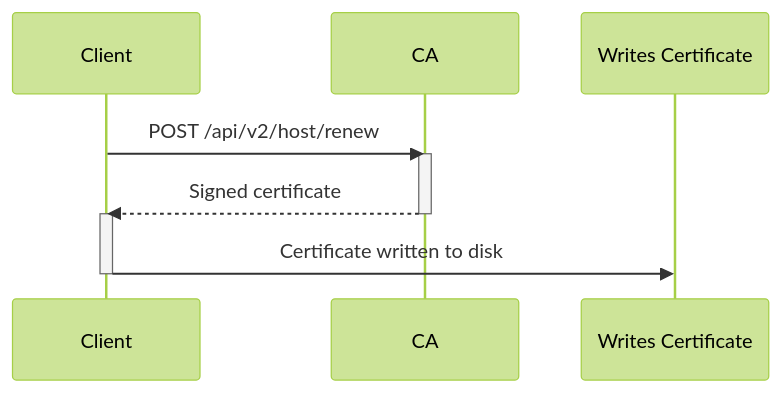
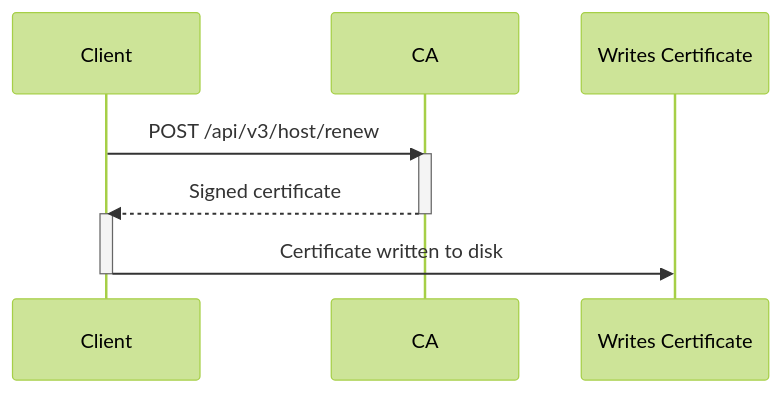
The fourth of 4 diagrams in README.md (andrewheberle/serverless-ssh-ca), drawn with Mermaid (forest theme) before and after one commit. The commit also changed other lines of this file and 14 other files, not shown here.

First line of the commit message:
Add seperate user and host KRLs and add v3 API (#266)

````diff
--- a/README.md
+++ b/README.md
@@ -142,10 +142,10 @@
 ```mermaid
 sequenceDiagram
-    Client->>CA: POST /api/v2/host/renew
+    Client->>CA: POST /api/v3/host/renew
     activate CA
     CA-->>Client: Signed certificate
     deactivate CA
     activate Client
     Client->>Writes Certificate: Certificate written to disk
     deactivate Client
 ```
````
